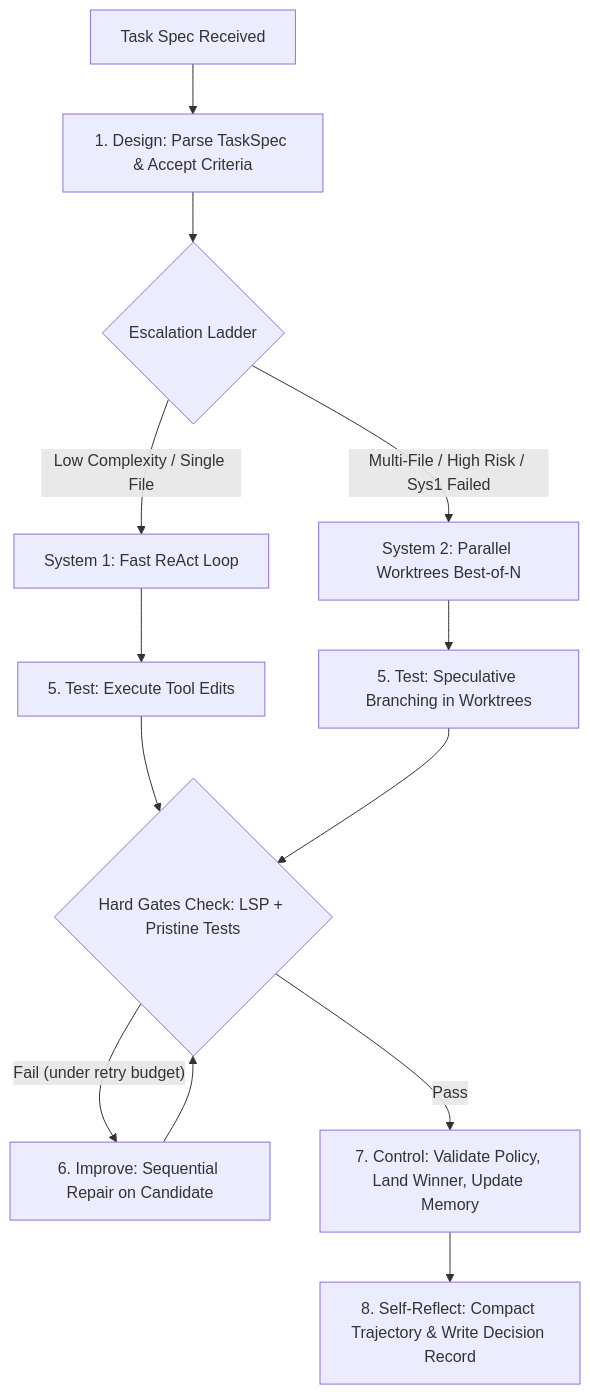
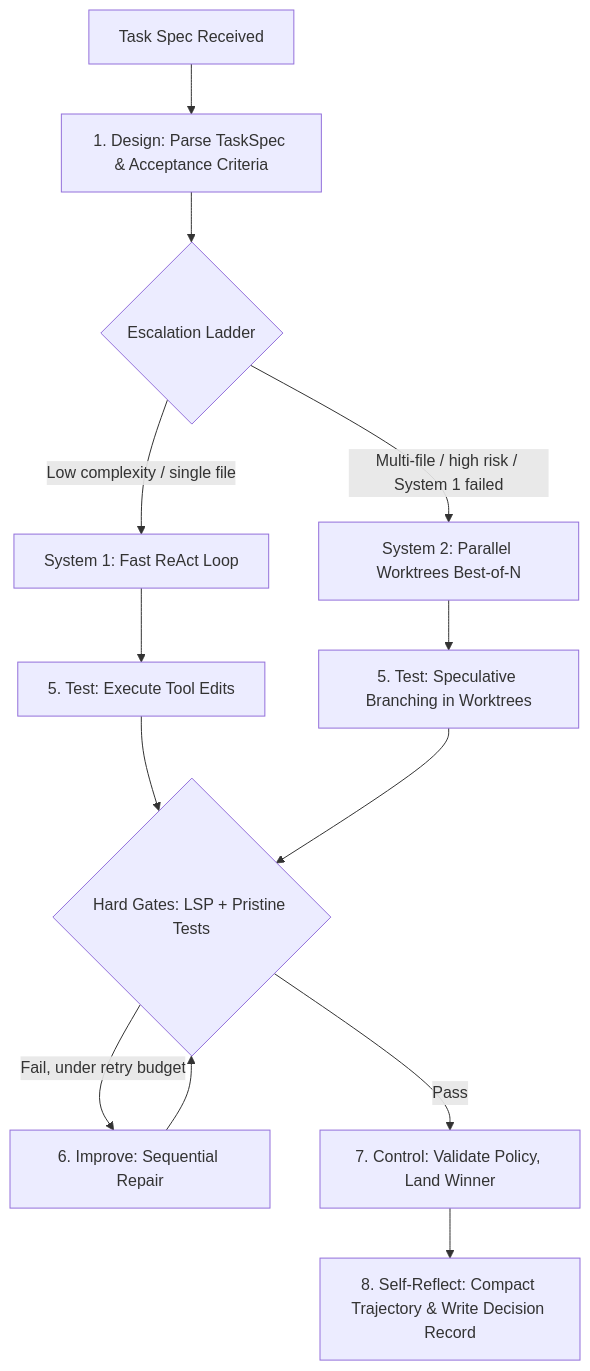
The diagram in docs/04-workflows-and-loops/dmartic-inner-loop.md (brainopensource/Harness-D-power), drawn with Mermaid before and after one commit. The commit also changed 1 other file, not shown here.

````diff
--- a/docs/04-workflows-and-loops/dmartic-inner-loop.md
+++ b/docs/04-workflows-and-loops/dmartic-inner-loop.md
@@ -11,19 +11,19 @@
 ```mermaid
 flowchart TD
-    Task[Task Spec Received] --> Design[1. Design: Parse TaskSpec & Accept Criteria]
-    Design --> Route{Escalation Ladder}
-    Route -- Low Complexity / Single File --> Sys1[System 1: Fast ReAct Loop]
-    Route -- Multi-File / High Risk / Sys1 Failed --> Sys2[System 2: Parallel Worktrees Best-of-N]
+    Task["Task Spec Received"] --> Design["1. Design: Parse TaskSpec & Acceptance Criteria"]
+    Design --> Route{"Escalation Ladder"}
+    Route -- "Low complexity / single file" --> Sys1["System 1: Fast ReAct Loop"]
+    Route -- "Multi-file / high risk / System 1 failed" --> Sys2["System 2: Parallel Worktrees Best-of-N"]
 
-    Sys1 --> Test1[5. Test: Execute Tool Edits]
-    Sys2 --> Test2[5. Test: Speculative Branching in Worktrees]
+    Sys1 --> Test1["5. Test: Execute Tool Edits"]
+    Sys2 --> Test2["5. Test: Speculative Branching in Worktrees"]
 
-    Test1 --> HardGates{Hard Gates Check: LSP + Pristine Tests}
+    Test1 --> HardGates{"Hard Gates: LSP + Pristine Tests"}
     Test2 --> HardGates
 
-    HardGates -- Fail (under retry budget) --> Repair[6. Improve: Sequential Repair on Candidate]
+    HardGates -- "Fail, under retry budget" --> Repair["6. Improve: Sequential Repair"]
     Repair --> HardGates
 
-    HardGates -- Pass --> Control[7. Control: Validate Policy, Land Winner, Update Memory]
-    Control --> SelfReflect[8. Self-Reflect: Compact Trajectory & Write Decision Record]
+    HardGates -- "Pass" --> Control["7. Control: Validate Policy, Land Winner"]
+    Control --> SelfReflect["8. Self-Reflect: Compact Trajectory & Write Decision Record"]
 ```
````
